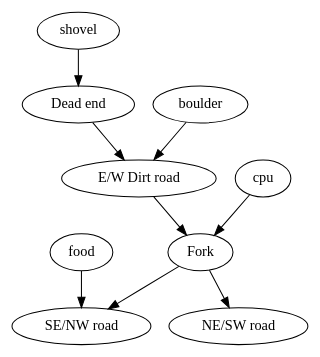
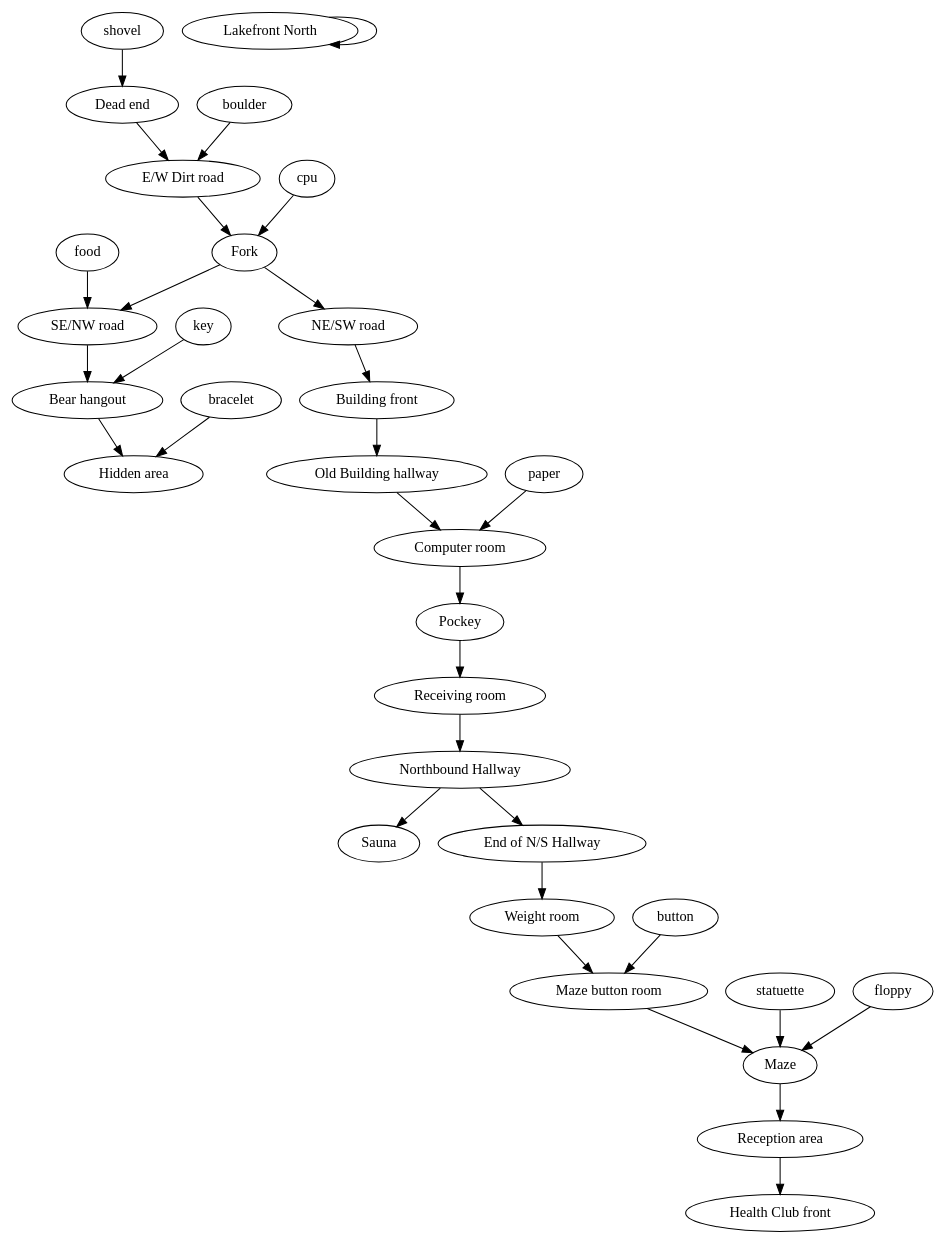
One commit to alvarogonzalezsotillo/.emacs.d changed the diagram in dunnet.org. Above: the diagram before and after it, drawn with Graphviz. The commit also changed other lines of this file and 1 other file, not shown here.

```diff
--- a/dunnet.org
+++ b/dunnet.org
@@ -2,13 +2,35 @@
 #+BEGIN_SRC dot :file ./dunnet.svg :exports results :cmd dot :cmdline -Tsvg
 digraph{
   "shovel" -> "Dead end"
   "Dead end" -> "E/W Dirt road"
   "boulder" -> "E/W Dirt road"
   "E/W Dirt road" -> "Fork"
   "cpu" -> "Fork"
   "Fork" -> "SE/NW road"
   "food" -> "SE/NW road"
+  "SE/NW road" -> "Bear hangout"
+  "key" -> "Bear hangout"
+  "Bear hangout" -> "Hidden area"
+  "bracelet" -> "Hidden area"
   "Fork" -> "NE/SW road"
+  "NE/SW road" -> "Building front"
+  "Building front" -> "Old Building hallway"
+  "Old Building hallway" -> "Computer room"
+  "paper" -> "Computer room"
+  "Computer room" -> "Pockey"
+  "Pockey" -> "Receiving room"
+  "Receiving room" -> "Northbound Hallway"
+  "Northbound Hallway" -> "Sauna"
+  "Northbound Hallway" -> "End of N/S Hallway"
+  "End of N/S Hallway" -> "Weight room"
+  "Weight room" -> "Maze button room"
+  "button" -> "Maze button room"
+  "Maze button room" -> "Maze"
+  "statuette" -> "Maze"
+  "floppy" -> "Maze"
+  "Maze" -> "Reception area"
+  "Reception area" -> "Health Club front"
+  "Lakefront North" -> "Lakefront North"
 }
 
 #+END_SRC
```
